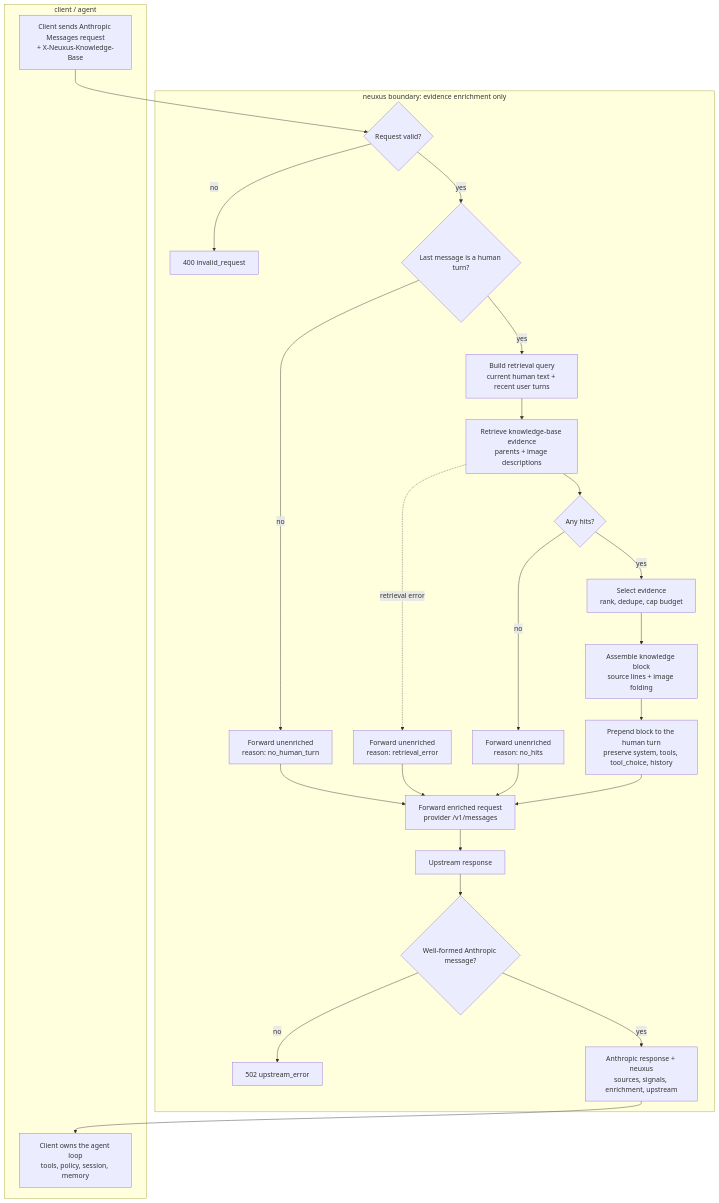
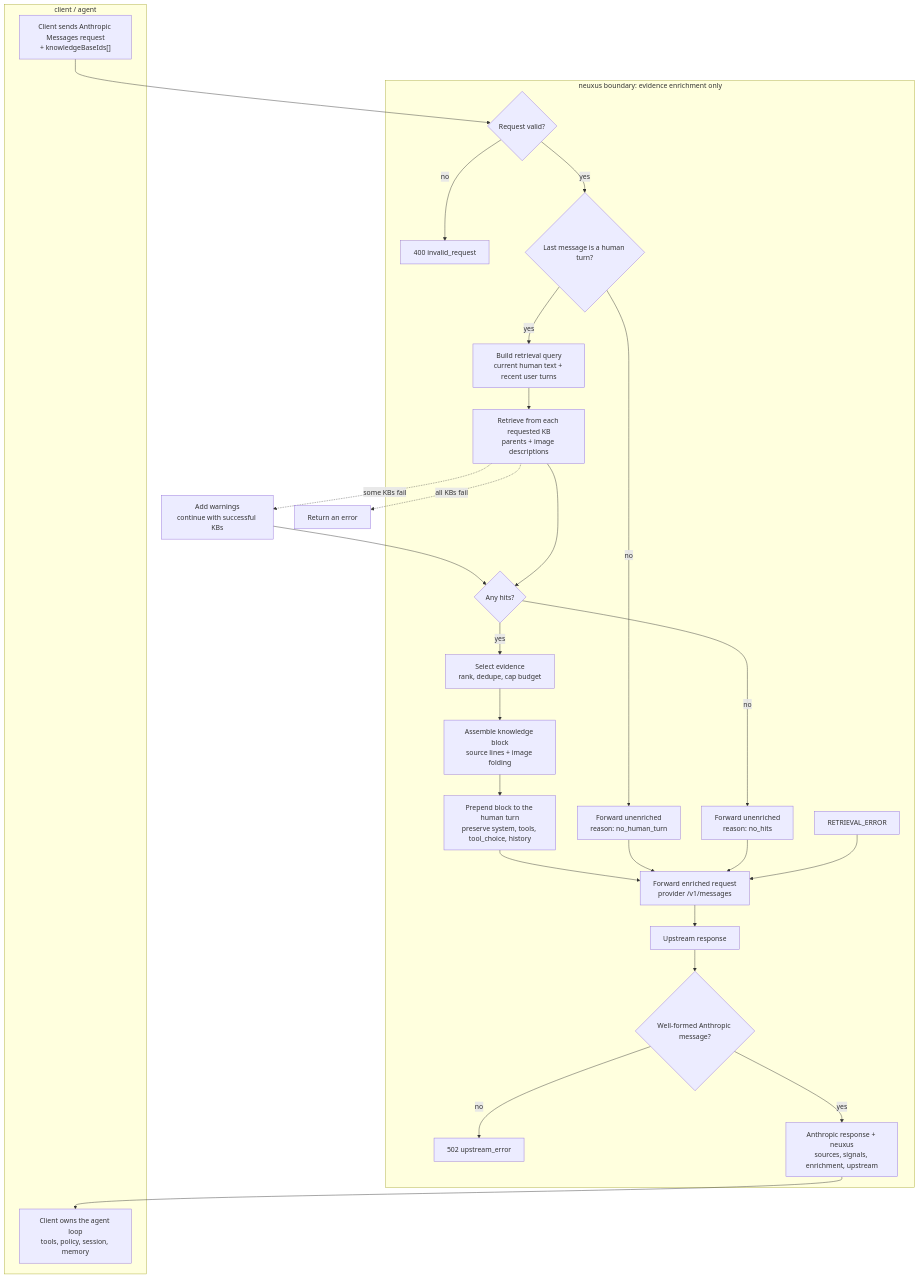
One commit to kyung-lee-official/neuxus changed the diagram in docs/modern-knowledge-base-design/05-synthesis.md. Above: the diagram before and after it, drawn with Mermaid. The commit also changed other lines of this file and 1 other file, not shown here.

Commit message:
docs: refine retrieval and synthesis documentation for multi-KB handling and request validation

````diff
--- a/docs/modern-knowledge-base-design/05-synthesis.md
+++ b/docs/modern-knowledge-base-design/05-synthesis.md
@@ -29,52 +29,54 @@
 ```mermaid
 ---
 theme: neo-dark
 ---
 flowchart TD
-  REQUEST["Client sends Anthropic Messages request<br/>+ X-Neuxus-Knowledge-Base"] --> VALIDATE_REQUEST{"Request valid?"}
+  REQUEST["Client sends Anthropic Messages request<br/>+ knowledgeBaseIds[]"] --> VALIDATE_REQUEST{"Request valid?"}
   VALIDATE_REQUEST -- "no" --> BAD_REQUEST["400 invalid_request"]
   VALIDATE_REQUEST -- "yes" --> HUMAN{"Last message is a human turn?"}
   HUMAN -- "no" --> NO_TURN["Forward unenriched<br/>reason: no_human_turn"]
   HUMAN -- "yes" --> QUERY["Build retrieval query<br/>current human text + recent user turns"]
-  QUERY --> RETRIEVE["Retrieve knowledge-base evidence<br/>parents + image descriptions"]
-  RETRIEVE -. "retrieval error" .-> RETRIEVAL_ERROR["Forward unenriched<br/>reason: retrieval_error"]
-  RETRIEVE --> HITS{"Any hits?"}
+  QUERY --> RETRIEVE["Retrieve from each requested KB<br/>parents + image descriptions"]
+  RETRIEVE -. "some KBs fail" .-> WARN["Add warnings<br/>continue with successful KBs"]
+  RETRIEVE -. "all KBs fail" .-> ALL_FAIL["Return an error"]
+  WARN --> HITS{"Any hits?"}
+  RETRIEVE --> HITS
   HITS -- "no" --> NO_HITS["Forward unenriched<br/>reason: no_hits"]
   HITS -- "yes" --> SELECT["Select evidence<br/>rank, dedupe, cap budget"]
   SELECT --> ASSEMBLE["Assemble knowledge block<br/>source lines + image folding"]
   ASSEMBLE --> INJECT["Prepend block to the human turn<br/>preserve system, tools, tool_choice, history"]
   INJECT --> FORWARD["Forward enriched request<br/>provider /v1/messages"]
   NO_TURN --> FORWARD
   NO_HITS --> FORWARD
   RETRIEVAL_ERROR --> FORWARD
   FORWARD --> RECEIVED["Upstream response"]
   RECEIVED --> VALIDATE_RESPONSE{"Well-formed Anthropic message?"}
   VALIDATE_RESPONSE -- "no" --> UPSTREAM_ERROR["502 upstream_error"]
   VALIDATE_RESPONSE -- "yes" --> RESPONSE["Anthropic response + neuxus<br/>sources, signals, enrichment, upstream"]
   RESPONSE --> CLIENT_LOOP["Client owns the agent loop<br/>tools, policy, session, memory"]
 
   subgraph neuxus["neuxus boundary: evidence enrichment only"]
     VALIDATE_REQUEST
     BAD_REQUEST
     HUMAN
     QUERY
     RETRIEVE
     HITS
     SELECT
     ASSEMBLE
     INJECT
     FORWARD
     RECEIVED
     VALIDATE_RESPONSE
     UPSTREAM_ERROR
     RESPONSE
     NO_TURN
     NO_HITS
     RETRIEVAL_ERROR
   end
 
   subgraph client["client / agent"]
     REQUEST
     CLIENT_LOOP
   end
 ```
````
